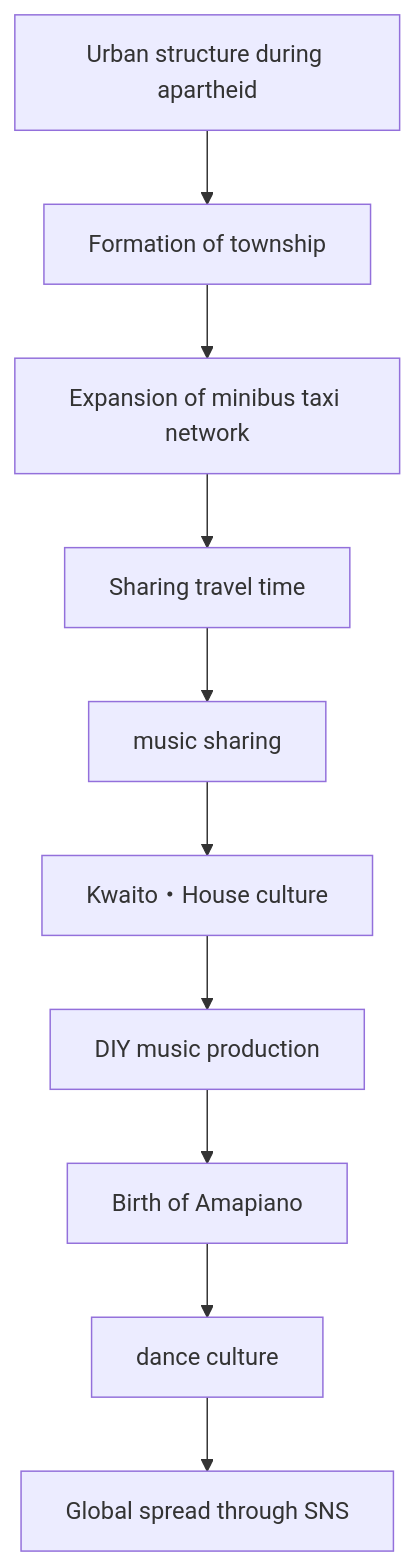
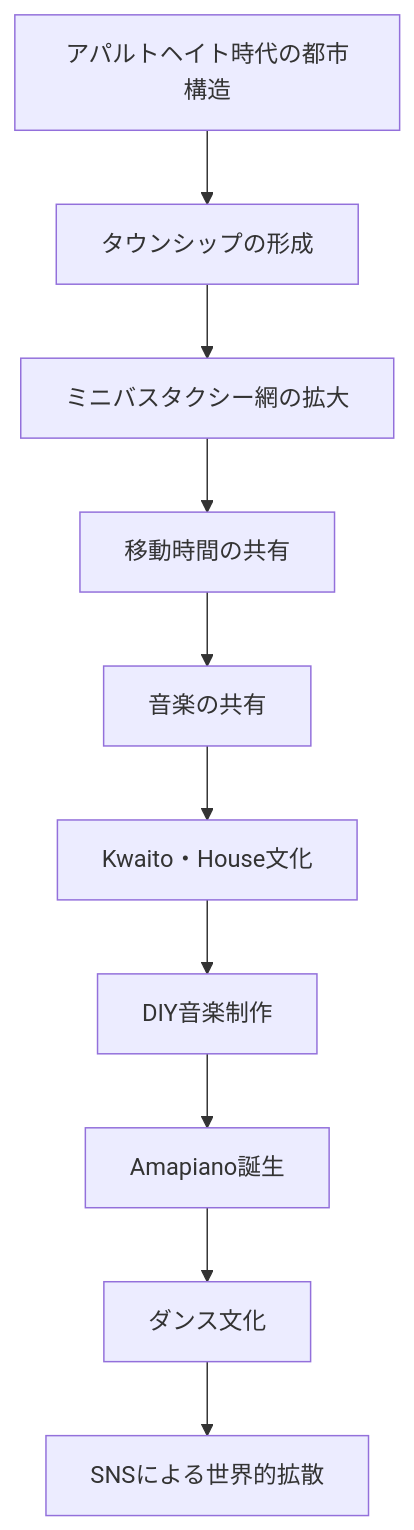
The sixth of 7 diagrams in en/_posts/2026-07-25-column-taxi-amapiano.md (monumental-movement/monumental-movement.github.io), drawn with Mermaid before and after one commit. The commit also changed other lines of this file and 2196 other files, not shown here.

```diff
--- a/en/_posts/2026-07-25-column-taxi-amapiano.md
+++ b/en/_posts/2026-07-25-column-taxi-amapiano.md
@@ -867,13 +866,13 @@
 <div class="mermaid">
 flowchart TD
-A[Urban structure during apartheid]
-A --> B[Formation of township]
-B --> C[Expansion of minibus taxi network]
-C --> D[Sharing travel time]
-D --> E[music sharing]
-E --> F[Kwaito・House culture]
-F --> G[DIY music production]
-G --> H[Birth of Amapiano]
-H --> I[dance culture]
-I --> J[Global spread through SNS]
+A[アパルトヘイト時代の都市構造]
+A --> B[タウンシップの形成]
+B --> C[ミニバスタクシー網の拡大]
+C --> D[移動時間の共有]
+D --> E[音楽の共有]
+E --> F[Kwaito・House文化]
+F --> G[DIY音楽制作]
+G --> H[Amapiano誕生]
+H --> I[ダンス文化]
+I --> J[SNSによる世界的拡散]
 </div>
```
